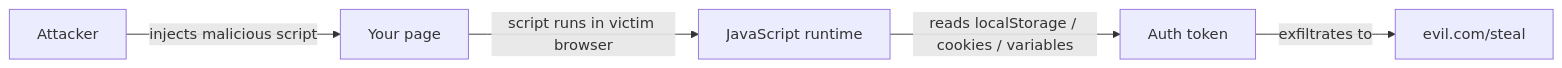
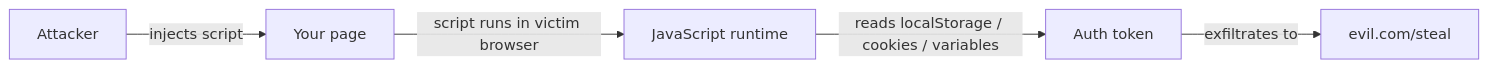
One commit to tkachenko0/article-the-browser-that-knew-too-much changed the first of 6 diagrams in README.md. Above: the diagram before and after it, drawn with Mermaid. The commit also changed other lines of this file, not shown here.

````diff
--- a/README.md
+++ b/README.md
@@ -44,7 +38,7 @@
 ```mermaid
 flowchart LR
-    A[Attacker] -->|injects malicious script| B[Your page]
+    A[Attacker] -->|injects script| B[Your page]
     B -->|script runs in victim browser| C[JavaScript runtime]
     C -->|reads localStorage / cookies / variables| D[Auth token]
     D -->|exfiltrates to| E[evil.com/steal]
 ```
````
